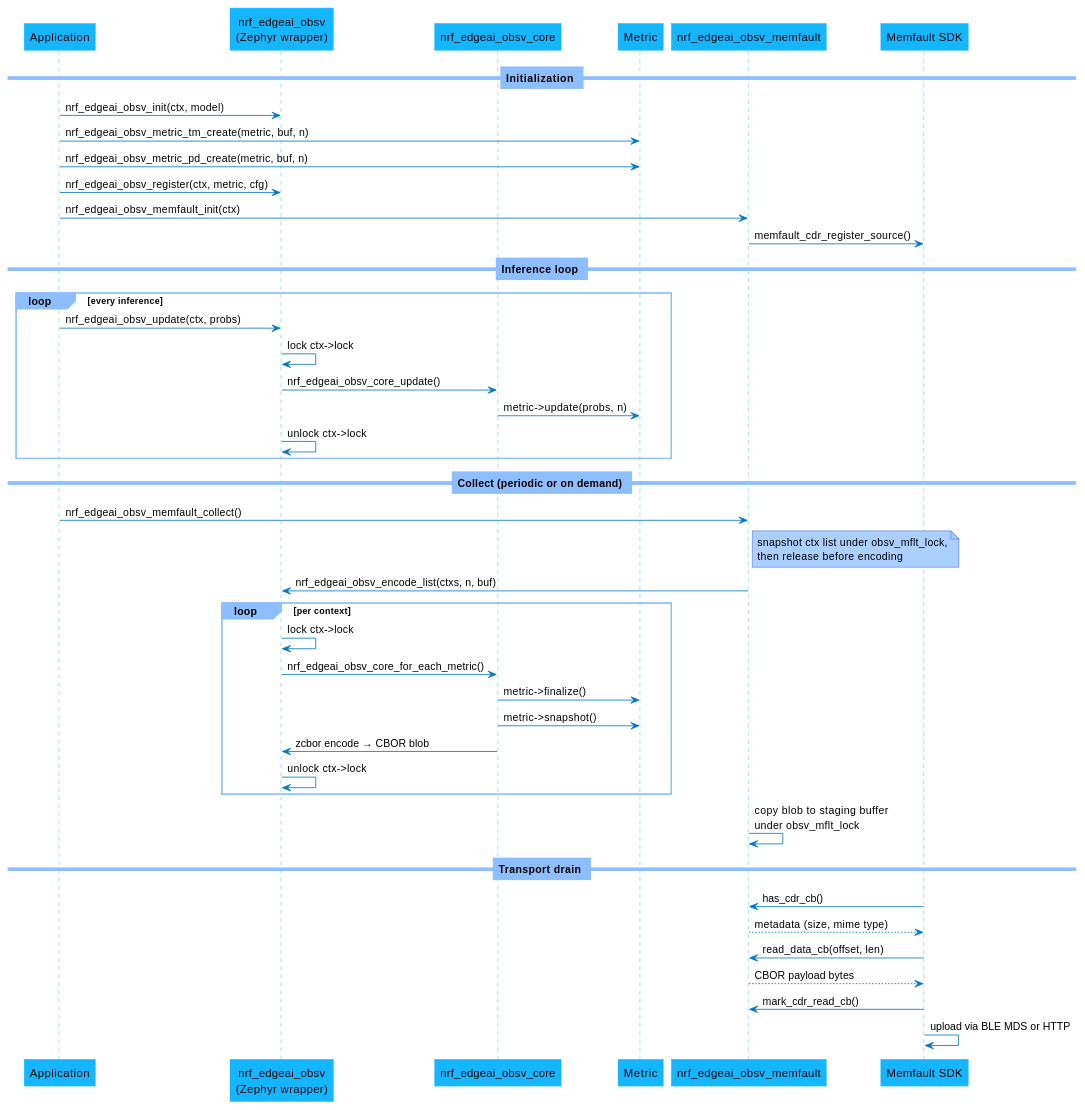
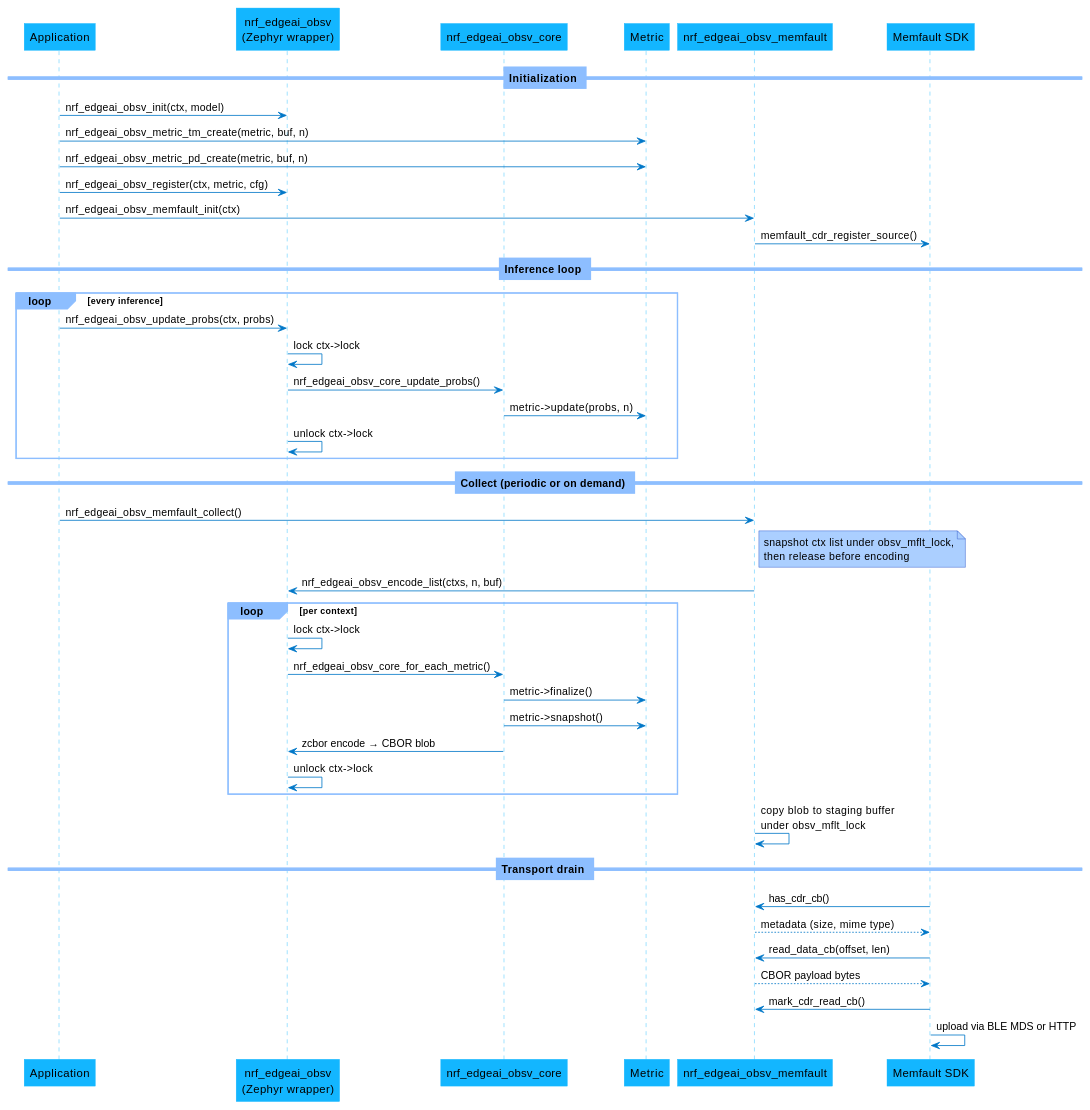
One commit to nrfconnect/sdk-edge-ai changed the second of 2 diagrams in doc/libraries/nrf_edgeai_obsv.rst. Above: the diagram before and after it, drawn with PlantUML. The commit also changed other lines of this file and 35 other files, not shown here.

First line of the commit message:
lib: nrf_edgeai_obsv: add input-feature stream and distribution metrics

```diff
--- a/doc/libraries/nrf_edgeai_obsv.rst
+++ b/doc/libraries/nrf_edgeai_obsv.rst
@@ -83,81 +85,81 @@
 .. uml::
    :caption: Call sequence for initialization, inference updates, Memfault collect, and CDR drain.
 
    skinparam shadowing false
    skinparam roundcorner 0
    skinparam backgroundColor #FFFFFF
    skinparam ArrowColor #0077C8
    skinparam sequenceArrowThickness 1
 
    skinparam sequence {
      DividerBackgroundColor #8DBEFF
      DividerBorderColor #8DBEFF
      LifeLineBackgroundColor #13B6FF
      LifeLineBorderColor #13B6FF
      ParticipantBackgroundColor #13B6FF
      ParticipantBorderColor #13B6FF
      BoxBackgroundColor #C1E8FF
      BoxBorderColor #C1E8FF
      GroupBackgroundColor #8DBEFF
      GroupBorderColor #8DBEFF
    }
 
    skinparam note {
      BackgroundColor #ABCFFF
      BorderColor #2149C2
      Shadowing false
    }
 
    skinparam participant {
      Shadowing false
    }
 
    participant "Application" as App
    participant "nrf_edgeai_obsv\n(Zephyr wrapper)" as Obsv
    participant "nrf_edgeai_obsv_core" as Core
    participant Metric
    participant "nrf_edgeai_obsv_memfault" as Mflt
    participant "Memfault SDK" as SDK
 
    == Initialization ==
 
    App -> Obsv : nrf_edgeai_obsv_init(ctx, model)
    App -> Metric : nrf_edgeai_obsv_metric_tm_create(metric, buf, n)
    App -> Metric : nrf_edgeai_obsv_metric_pd_create(metric, buf, n)
    App -> Obsv : nrf_edgeai_obsv_register(ctx, metric, cfg)
    App -> Mflt : nrf_edgeai_obsv_memfault_init(ctx)
    Mflt -> SDK : memfault_cdr_register_source()
 
    == Inference loop ==
 
    loop every inference
-     App -> Obsv : nrf_edgeai_obsv_update(ctx, probs)
+     App -> Obsv : nrf_edgeai_obsv_update_probs(ctx, probs)
      Obsv -> Obsv : lock ctx->lock
-     Obsv -> Core : nrf_edgeai_obsv_core_update()
+     Obsv -> Core : nrf_edgeai_obsv_core_update_probs()
      Core -> Metric : metric->update(probs, n)
      Obsv -> Obsv : unlock ctx->lock
    end
 
    == Collect (periodic or on demand) ==
 
    App -> Mflt : nrf_edgeai_obsv_memfault_collect()
    note right of Mflt : snapshot ctx list under obsv_mflt_lock,\nthen release before encoding
    Mflt -> Obsv : nrf_edgeai_obsv_encode_list(ctxs, n, buf)
    loop per context
      Obsv -> Obsv : lock ctx->lock
      Obsv -> Core : nrf_edgeai_obsv_core_for_each_metric()
      Core -> Metric : metric->finalize()
      Core -> Metric : metric->snapshot()
      Core -> Obsv : zcbor encode → CBOR blob
      Obsv -> Obsv : unlock ctx->lock
    end
    Mflt -> Mflt : copy blob to staging buffer\nunder obsv_mflt_lock
 
    == Transport drain ==
 
    SDK -> Mflt : has_cdr_cb()
    Mflt --> SDK : metadata (size, mime type)
    SDK -> Mflt : read_data_cb(offset, len)
    Mflt --> SDK : CBOR payload bytes
    SDK -> Mflt : mark_cdr_read_cb()
    SDK -> SDK : upload via BLE MDS or HTTP
```
